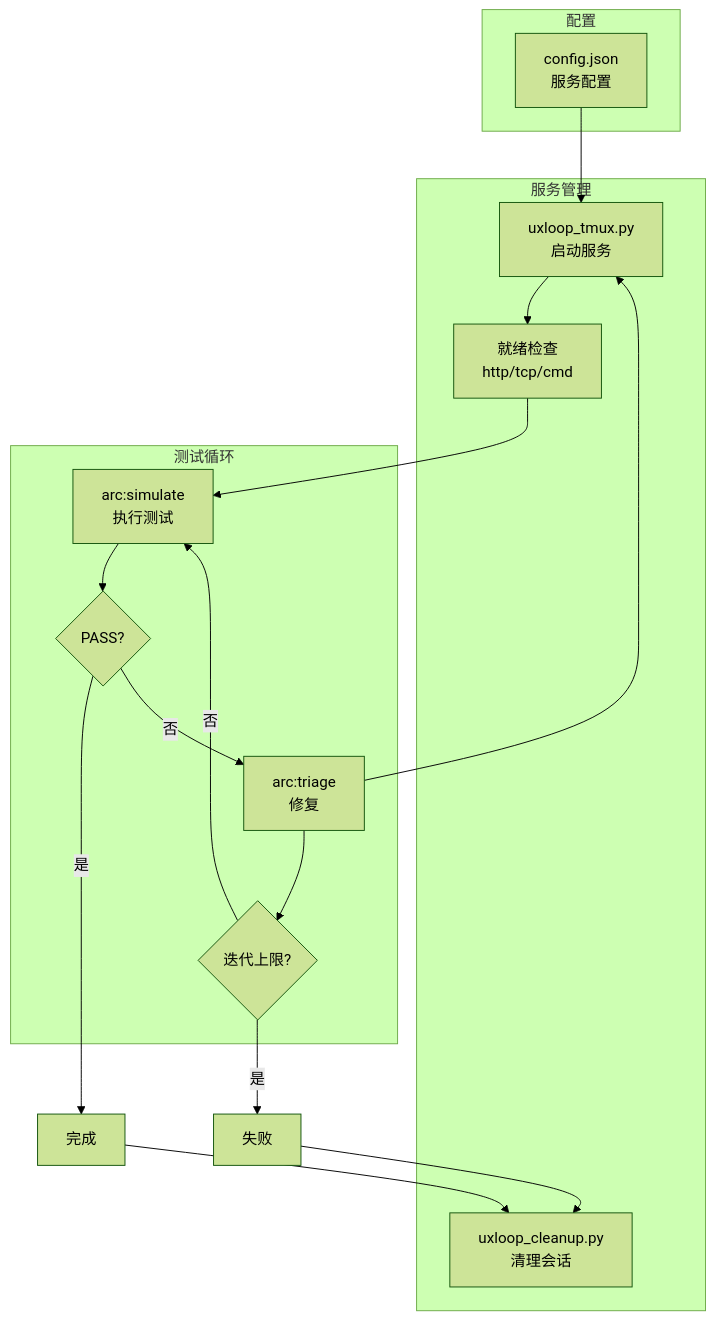
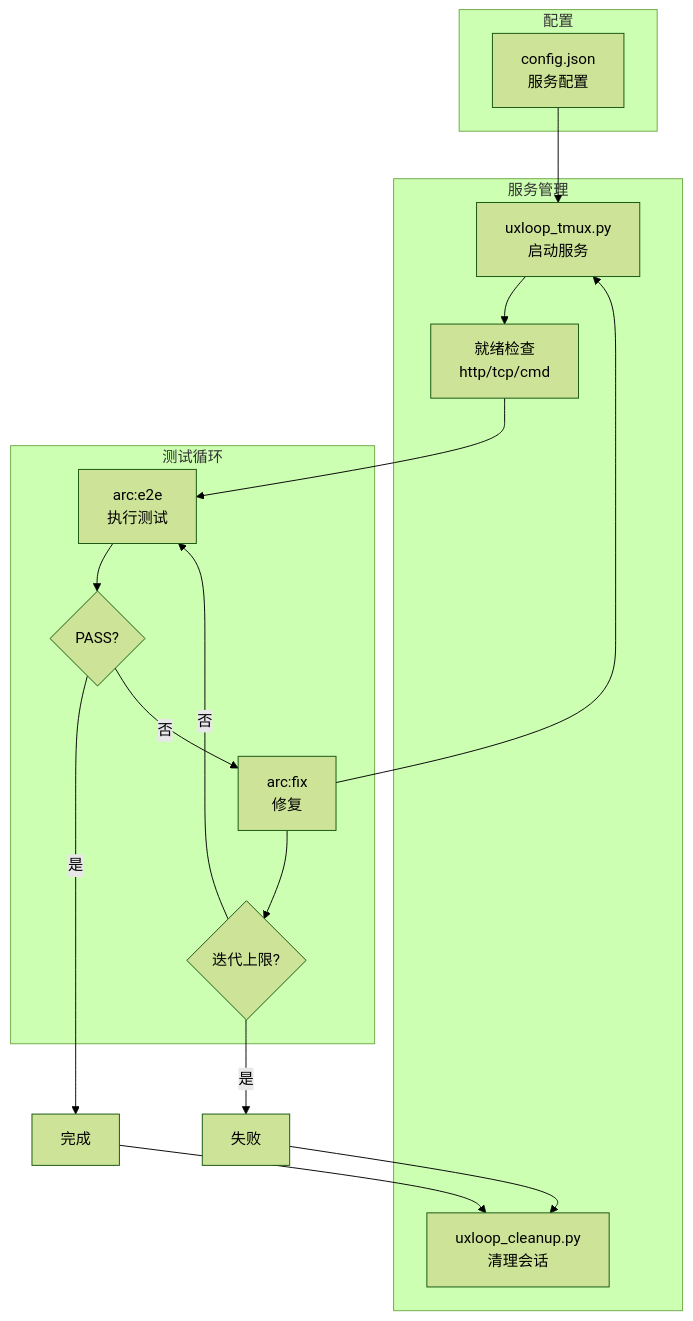
One commit to iwen-conf/Skills changed the diagram in loop/CLAUDE.md. Above: the diagram before and after it, drawn with Mermaid (forest theme). The commit also changed other lines of this file and 51 other files, not shown here.

````diff
--- a/loop/CLAUDE.md
+++ b/loop/CLAUDE.md
@@ -127,32 +127,32 @@
 ```mermaid
 graph TD
     subgraph 配置
         CFG["config.json<br/>服务配置"]
     end
 
     subgraph 服务管理
         TMUX["uxloop_tmux.py<br/>启动服务"]
         READY["就绪检查<br/>http/tcp/cmd"]
         CLEAN["uxloop_cleanup.py<br/>清理会话"]
     end
 
     subgraph 测试循环
-        SIM["arc:simulate<br/>执行测试"]
+        SIM["arc:e2e<br/>执行测试"]
         CHECK{"PASS?"}
-        TRIAGE["arc:triage<br/>修复"]
+        TRIAGE["arc:fix<br/>修复"]
         ITER{"迭代上限?"}
     end
 
     CFG --> TMUX
     TMUX --> READY
     READY --> SIM
     SIM --> CHECK
     CHECK -->|是| DONE["完成"]
     CHECK -->|否| TRIAGE
     TRIAGE --> TMUX
     TRIAGE --> ITER
     ITER -->|否| SIM
     ITER -->|是| FAIL["失败"]
     DONE --> CLEAN
     FAIL --> CLEAN
 ```
````
